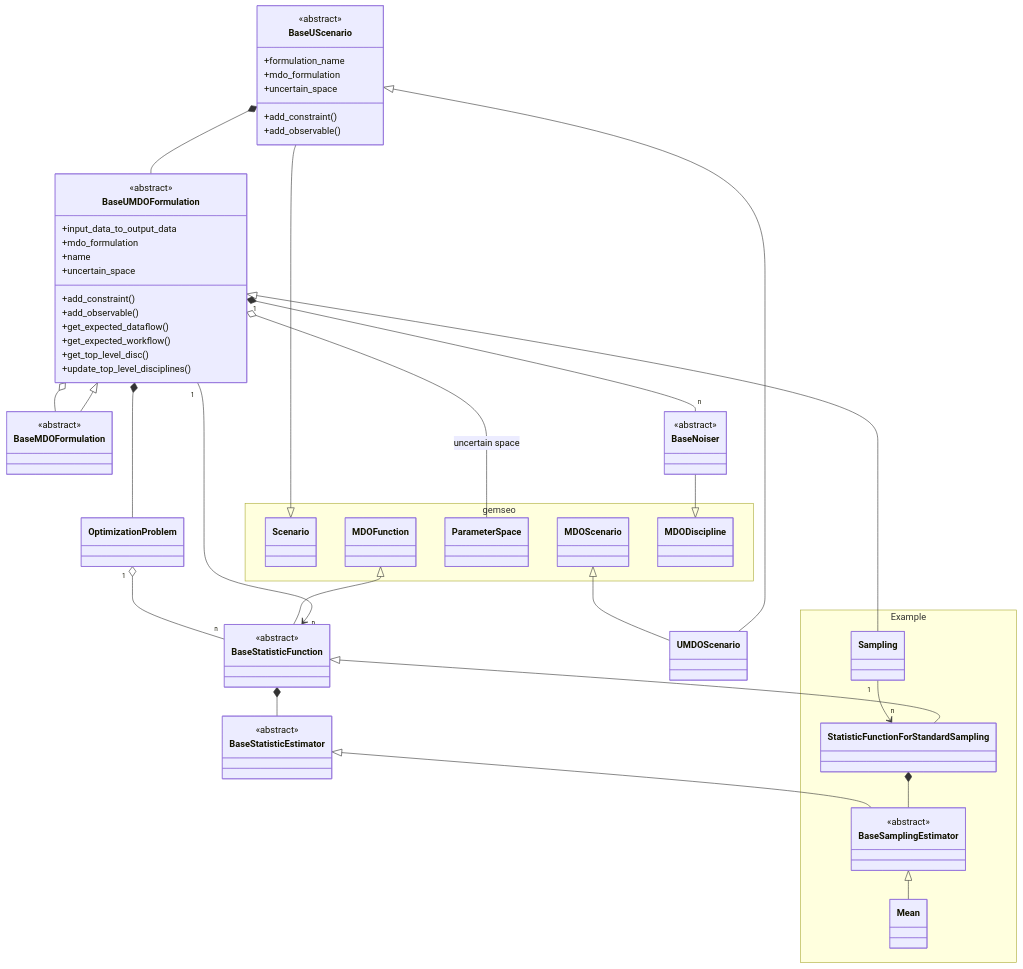
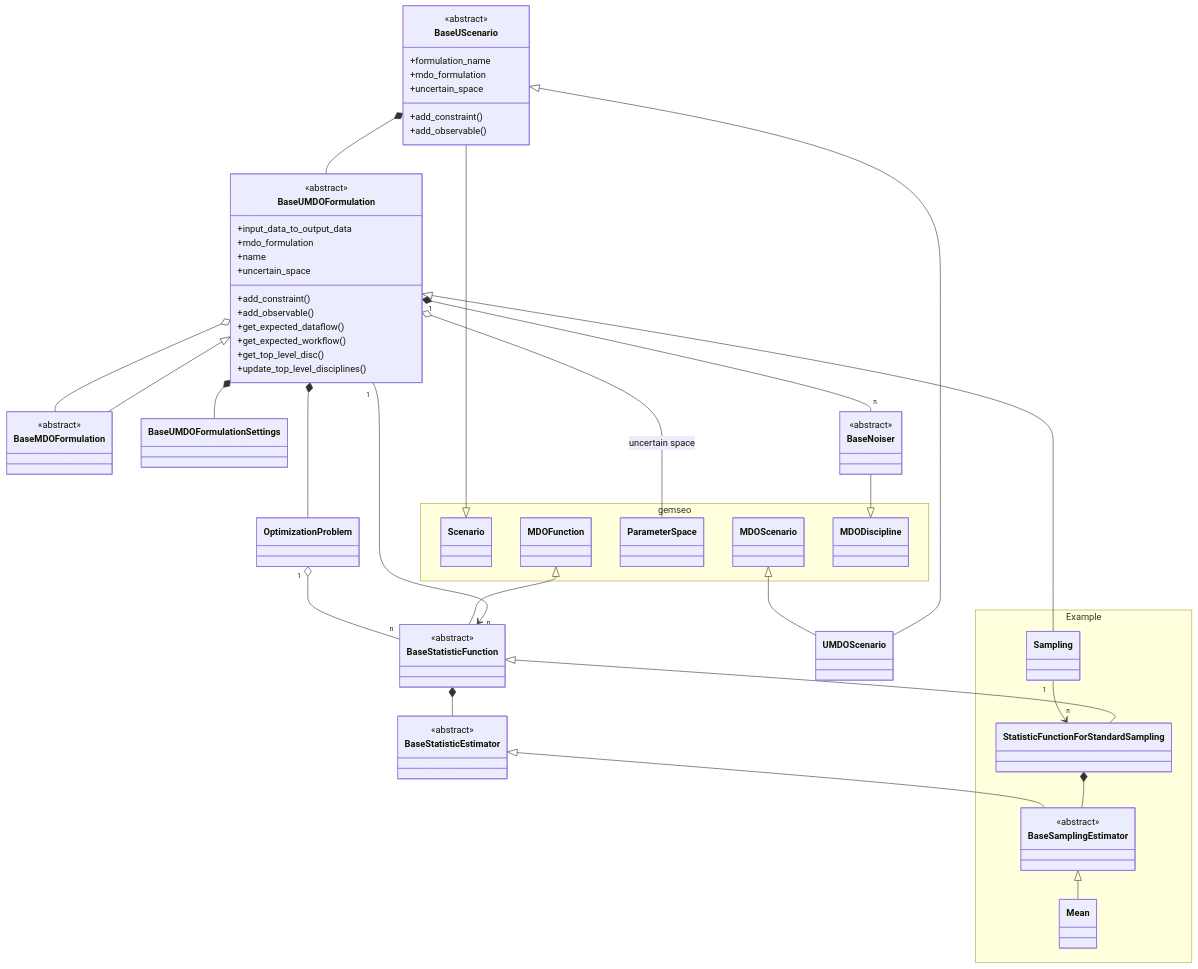
Before and after one commit to gemseo/gemseo-umdo: the diagram in docs/developer_guide/umdo.md, drawn with Mermaid. The commit also changed other lines of this file and 56 other files, not shown here.

````diff
--- a/docs/developer_guide/umdo.md
+++ b/docs/developer_guide/umdo.md
@@ -89,73 +92,75 @@
 ``` mermaid
 classDiagram
 
    BaseUScenario --|> Scenario
    BaseUScenario <|-- UMDOScenario
    MDOScenario <|-- UMDOScenario
 
    class BaseUScenario {
     +add_constraint()
     +add_observable()
     +formulation_name
     +mdo_formulation
     +uncertain_space
    }
 
    BaseUScenario *-- BaseUMDOFormulation
    BaseUMDOFormulation <|-- BaseMDOFormulation
    BaseUMDOFormulation o-- BaseMDOFormulation
 
    class BaseUMDOFormulation {
      +add_constraint()
      +add_observable()
      +get_expected_dataflow()
      +get_expected_workflow()
      +get_top_level_disc()
      +input_data_to_output_data
      +mdo_formulation
      +name
      +uncertain_space
      +update_top_level_disciplines()
    }
 
    BaseUMDOFormulation o-- ParameterSpace: uncertain space
    BaseUMDOFormulation "1" --> "n" BaseStatisticFunction
    BaseStatisticFunction *-- BaseStatisticEstimator
 
    BaseUMDOFormulation <|-- Sampling
    MDOFunction <|-- BaseStatisticFunction
    BaseStatisticFunction <|-- StatisticFunctionForStandardSampling
    Sampling "1" --> "n" StatisticFunctionForStandardSampling
    StatisticFunctionForStandardSampling *-- BaseSamplingEstimator
    BaseStatisticEstimator <|-- BaseSamplingEstimator
    BaseSamplingEstimator <|-- Mean
 
+   BaseUMDOFormulation *-- BaseUMDOFormulationSettings
+
    BaseUMDOFormulation *-- OptimizationProblem
    OptimizationProblem "1" o-- "n" BaseStatisticFunction
 
    BaseUMDOFormulation "1" *-- "n" BaseNoiser
    BaseNoiser --|> MDODiscipline
 
    <<abstract>> BaseUScenario
    <<abstract>> BaseMDOFormulation
    <<abstract>> BaseUMDOFormulation
    <<abstract>> BaseStatisticFunction
    <<abstract>> BaseStatisticEstimator
    <<abstract>> BaseSamplingEstimator
    <<abstract>> BaseNoiser
 
    namespace Example {
     class Sampling
     class StatisticFunctionForStandardSampling
     class BaseSamplingEstimator
     class Mean
    }
 
    namespace gemseo {
      class MDODiscipline
      class MDOFunction
      class MDOScenario
      class ParameterSpace
      class Scenario
    }
 ```
````
